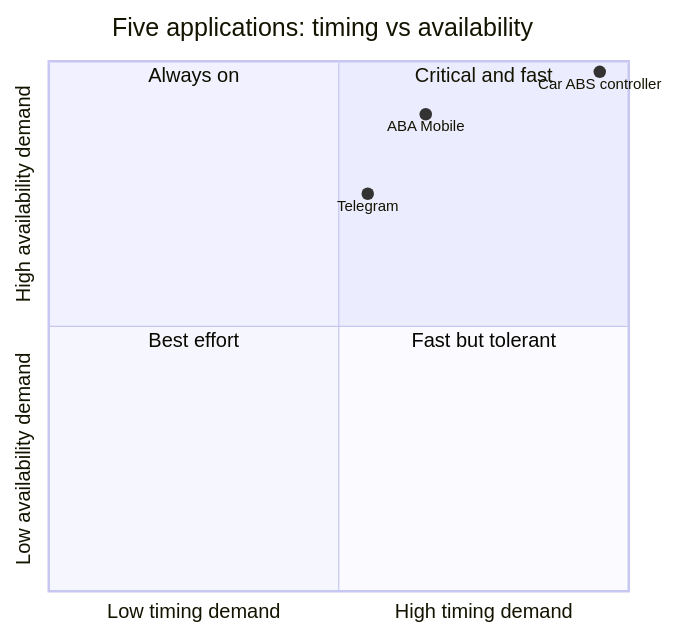
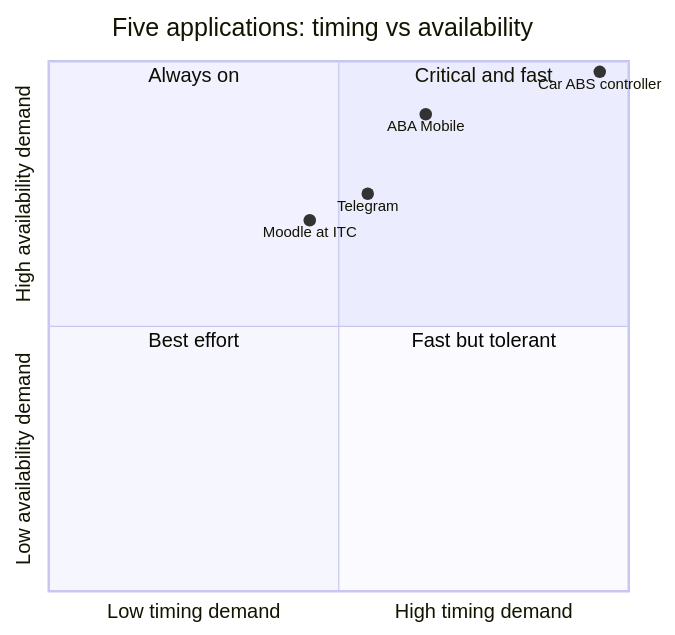
Before and after one commit to KageKishi/clubhub-ISE-4G: the diagram in lab02/app-quadrant.mmd, drawn with Mermaid. The commit also changed 1 other file, not shown here.

```diff
--- a/lab02/app-quadrant.mmd
+++ b/lab02/app-quadrant.mmd
@@ -1,11 +1,12 @@
 quadrantChart
     title Five applications: timing vs availability
     x-axis Low timing demand --> High timing demand
     y-axis Low availability demand --> High availability demand
     quadrant-1 Critical and fast
     quadrant-2 Always on
     quadrant-3 Best effort
     quadrant-4 Fast but tolerant
     ABA Mobile: [0.65, 0.90]
     Telegram: [0.55, 0.75]
     Car ABS controller: [0.95, 0.98]
+    Moodle at ITC: [0.45, 0.70]
```
